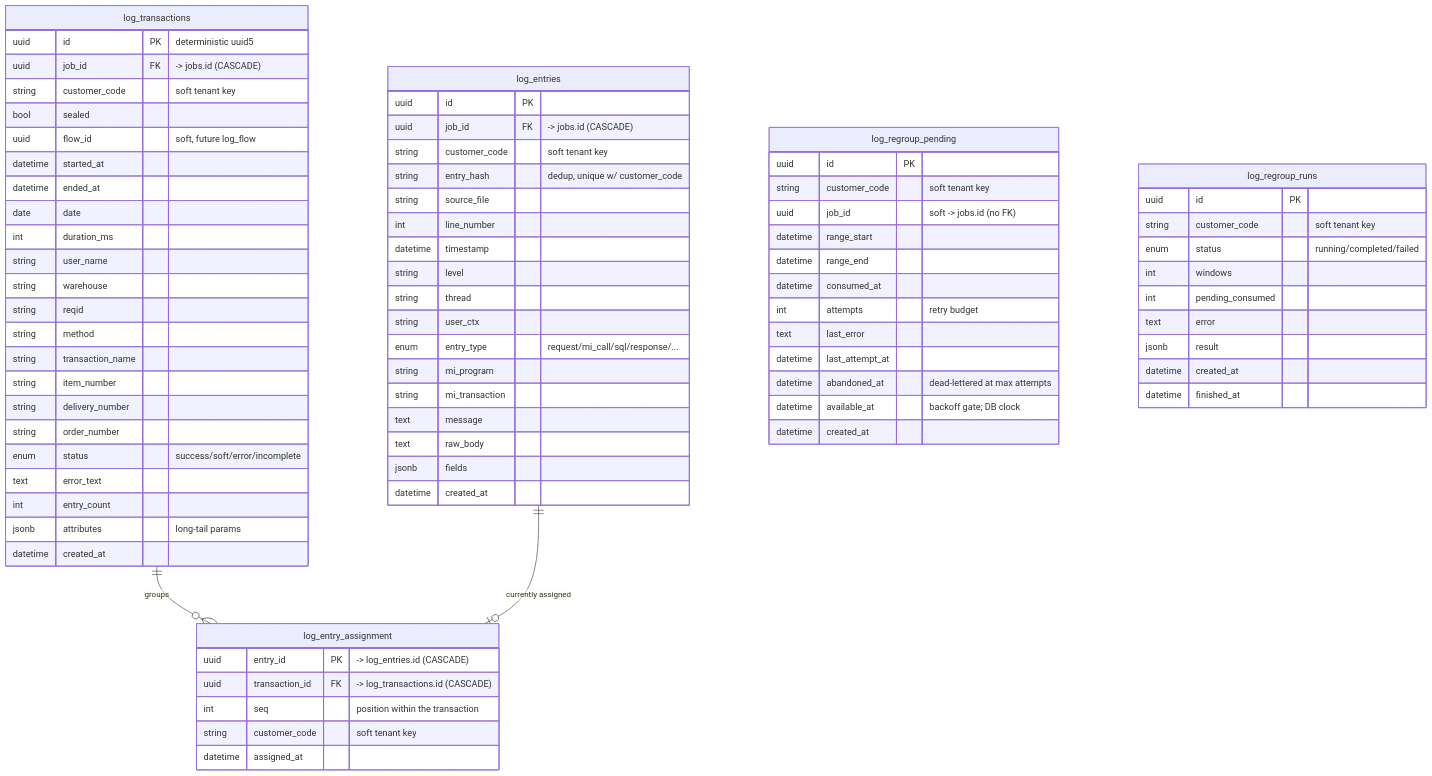
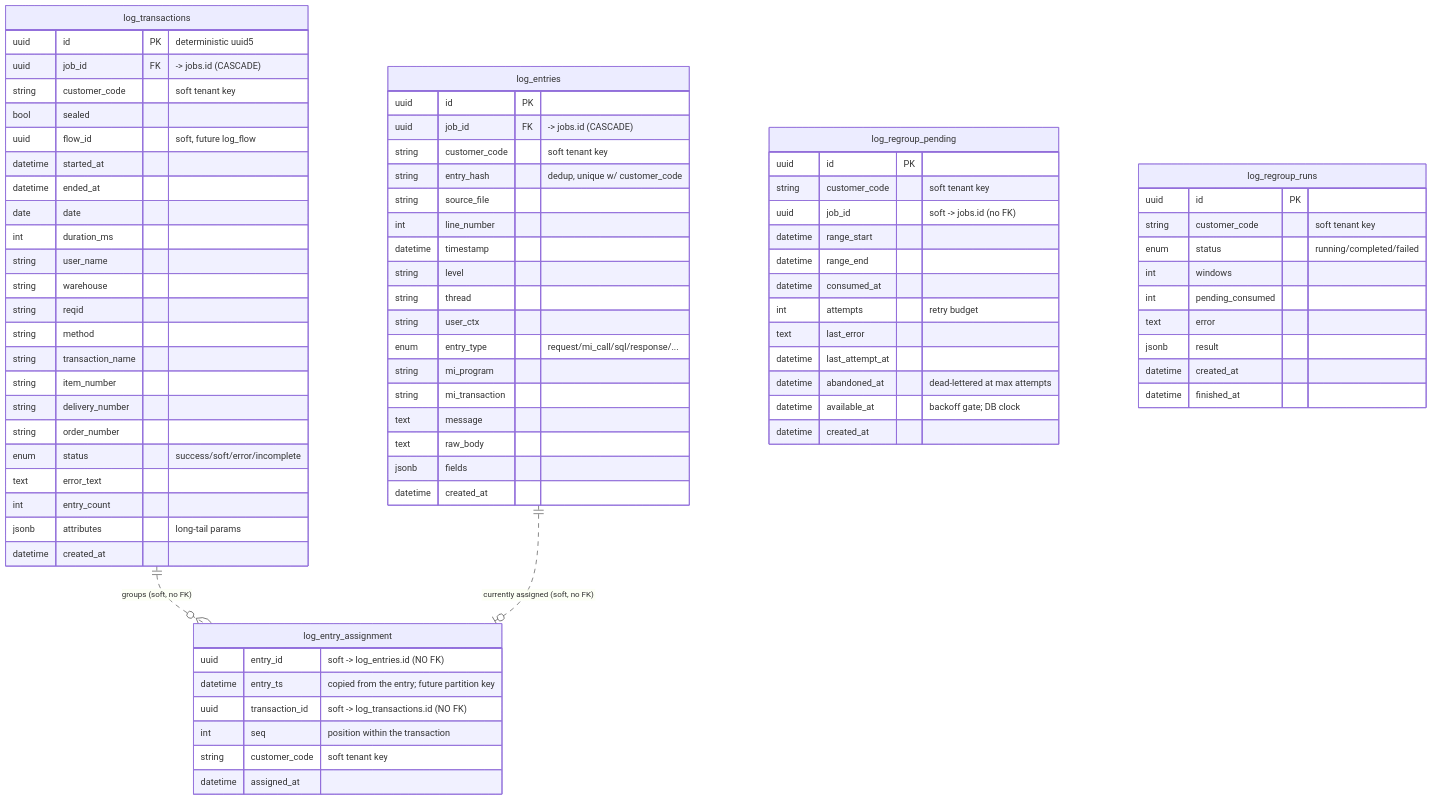
Before and after one commit to eamtalu/RAG-PipeLine: the fourth of 10 diagrams in docs/database-er-diagram.md, drawn with Mermaid. The commit also changed other lines of this file and 9 other files, not shown here.

First line of the commit message:
refactor(assignment): soft references + entry_ts, ready for daily partitioning

````diff
--- a/docs/database-er-diagram.md
+++ b/docs/database-er-diagram.md
@@ -210,8 +210,9 @@
     }
 
     log_entry_assignment {
-        uuid entry_id PK "-> log_entries.id (CASCADE)"
-        uuid transaction_id FK "-> log_transactions.id (CASCADE)"
+        uuid entry_id "soft -> log_entries.id (NO FK)"
+        datetime entry_ts "copied from the entry; future partition key"
+        uuid transaction_id "soft -> log_transactions.id (NO FK)"
         int seq "position within the transaction"
         string customer_code "soft tenant key"
         datetime assigned_at
@@ -265,6 +266,6 @@
         datetime finished_at
     }
 
-    log_transactions ||--o{ log_entry_assignment : "groups"
-    log_entries ||--o| log_entry_assignment : "currently assigned"
+    log_transactions ||..o{ log_entry_assignment : "groups (soft, no FK)"
+    log_entries ||..o| log_entry_assignment : "currently assigned (soft, no FK)"
 ```
````
